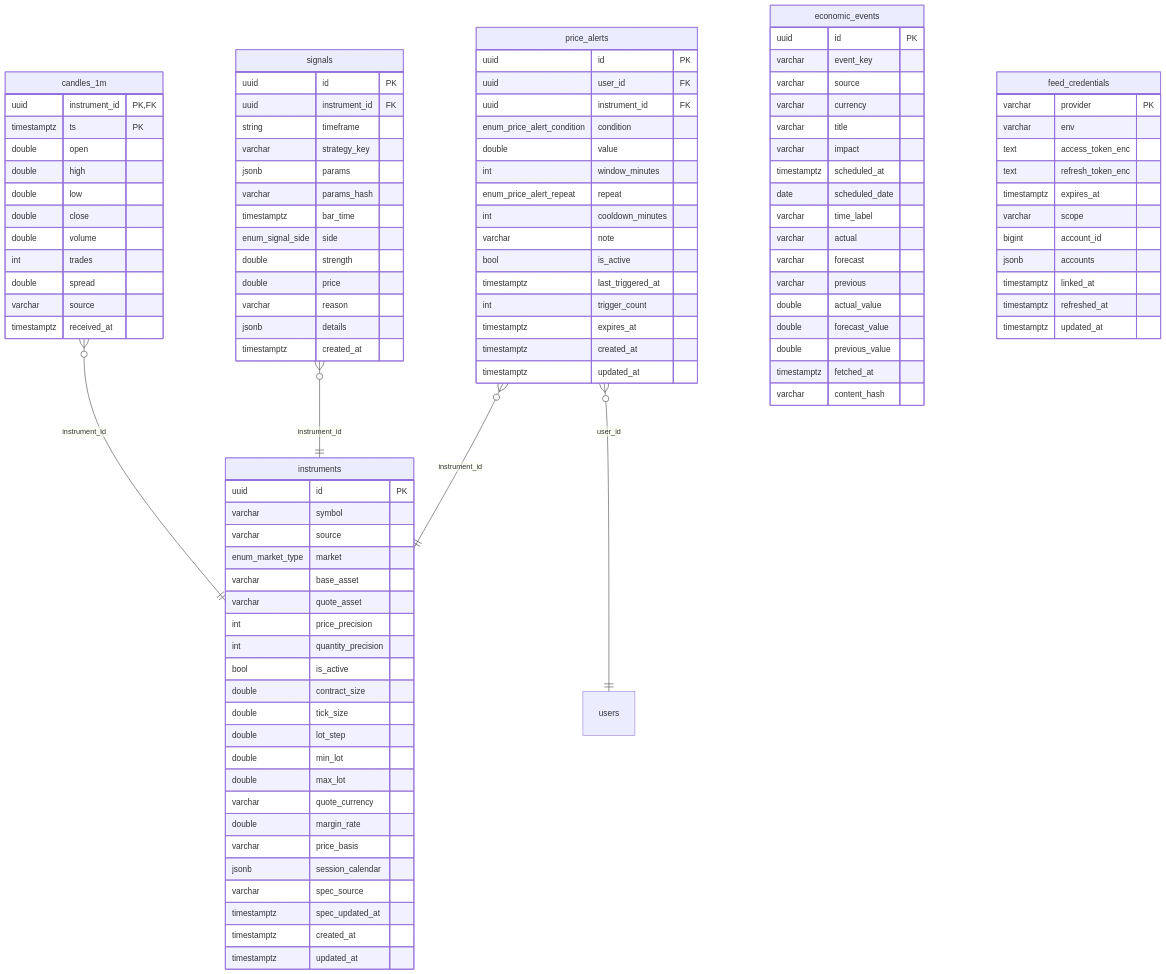
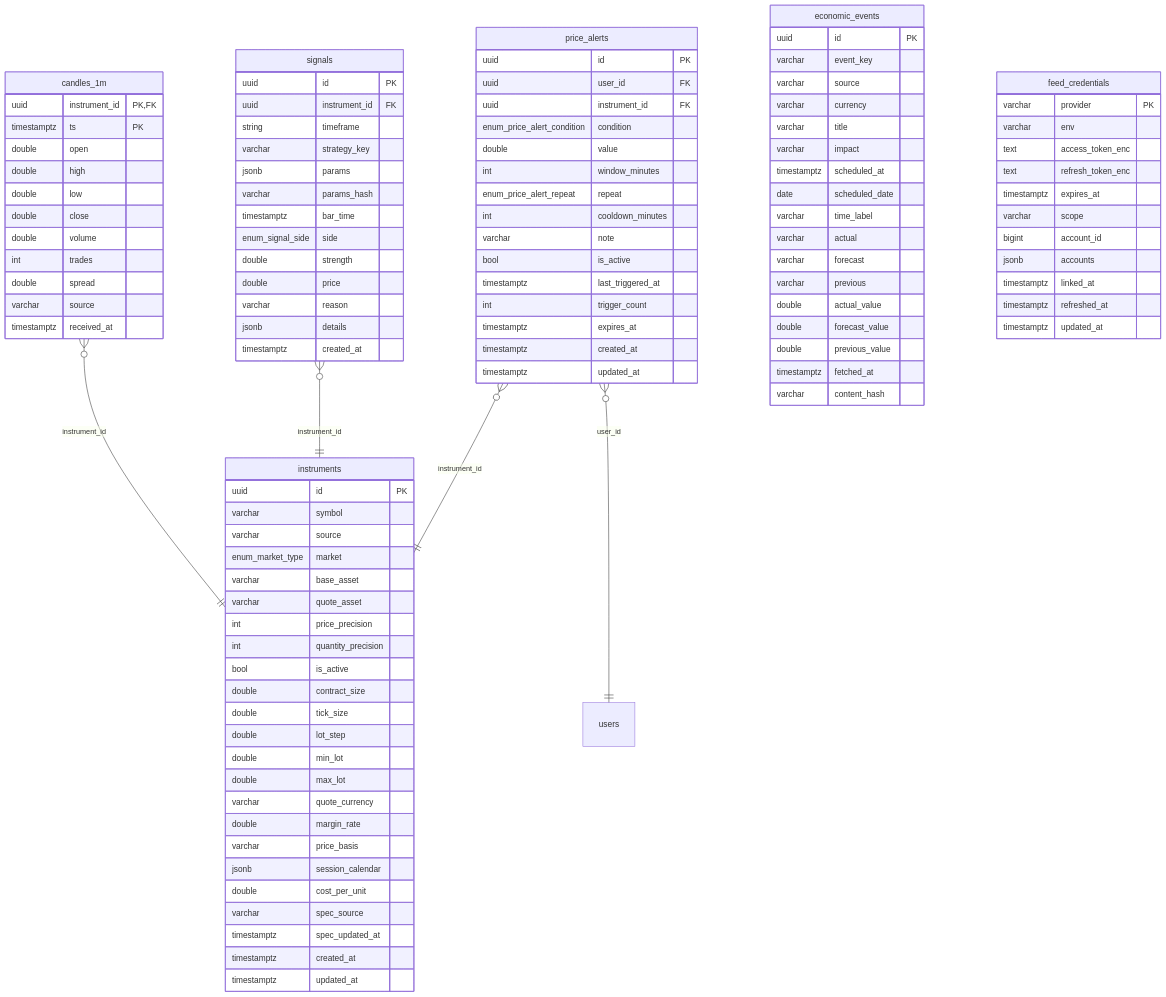
The diagram in docs/erd/mmd/market.mmd (yazan-alsamman/ai-trading-analysis-system), drawn with Mermaid before and after one commit. The commit also changed 24 other files, not shown here.

First line of the commit message:
Instrument cost_per_unit (XAU/USD 0.25) in backtests, plans and AI sizing

```diff
--- a/docs/erd/mmd/market.mmd
+++ b/docs/erd/mmd/market.mmd
@@ -1,107 +1,108 @@
 erDiagram
     instruments {
         uuid id PK
         varchar symbol
         varchar source
         enum_market_type market
         varchar base_asset
         varchar quote_asset
         int price_precision
         int quantity_precision
         bool is_active
         double contract_size
         double tick_size
         double lot_step
         double min_lot
         double max_lot
         varchar quote_currency
         double margin_rate
         varchar price_basis
         jsonb session_calendar
+        double cost_per_unit
         varchar spec_source
         timestamptz spec_updated_at
         timestamptz created_at
         timestamptz updated_at
     }
     candles_1m {
         uuid instrument_id PK, FK
         timestamptz ts PK
         double open
         double high
         double low
         double close
         double volume
         int trades
         double spread
         varchar source
         timestamptz received_at
     }
     signals {
         uuid id PK
         uuid instrument_id FK
         string timeframe
         varchar strategy_key
         jsonb params
         varchar params_hash
         timestamptz bar_time
         enum_signal_side side
         double strength
         double price
         varchar reason
         jsonb details
         timestamptz created_at
     }
     price_alerts {
         uuid id PK
         uuid user_id FK
         uuid instrument_id FK
         enum_price_alert_condition condition
         double value
         int window_minutes
         enum_price_alert_repeat repeat
         int cooldown_minutes
         varchar note
         bool is_active
         timestamptz last_triggered_at
         int trigger_count
         timestamptz expires_at
         timestamptz created_at
         timestamptz updated_at
     }
     economic_events {
         uuid id PK
         varchar event_key
         varchar source
         varchar currency
         varchar title
         varchar impact
         timestamptz scheduled_at
         date scheduled_date
         varchar time_label
         varchar actual
         varchar forecast
         varchar previous
         double actual_value
         double forecast_value
         double previous_value
         timestamptz fetched_at
         varchar content_hash
     }
     feed_credentials {
         varchar provider PK
         varchar env
         text access_token_enc
         text refresh_token_enc
         timestamptz expires_at
         varchar scope
         bigint account_id
         jsonb accounts
         timestamptz linked_at
         timestamptz refreshed_at
         timestamptz updated_at
     }
     users
     candles_1m }o--|| instruments : "instrument_id"
     price_alerts }o--|| instruments : "instrument_id"
     price_alerts }o--|| users : "user_id"
     signals }o--|| instruments : "instrument_id"
```
